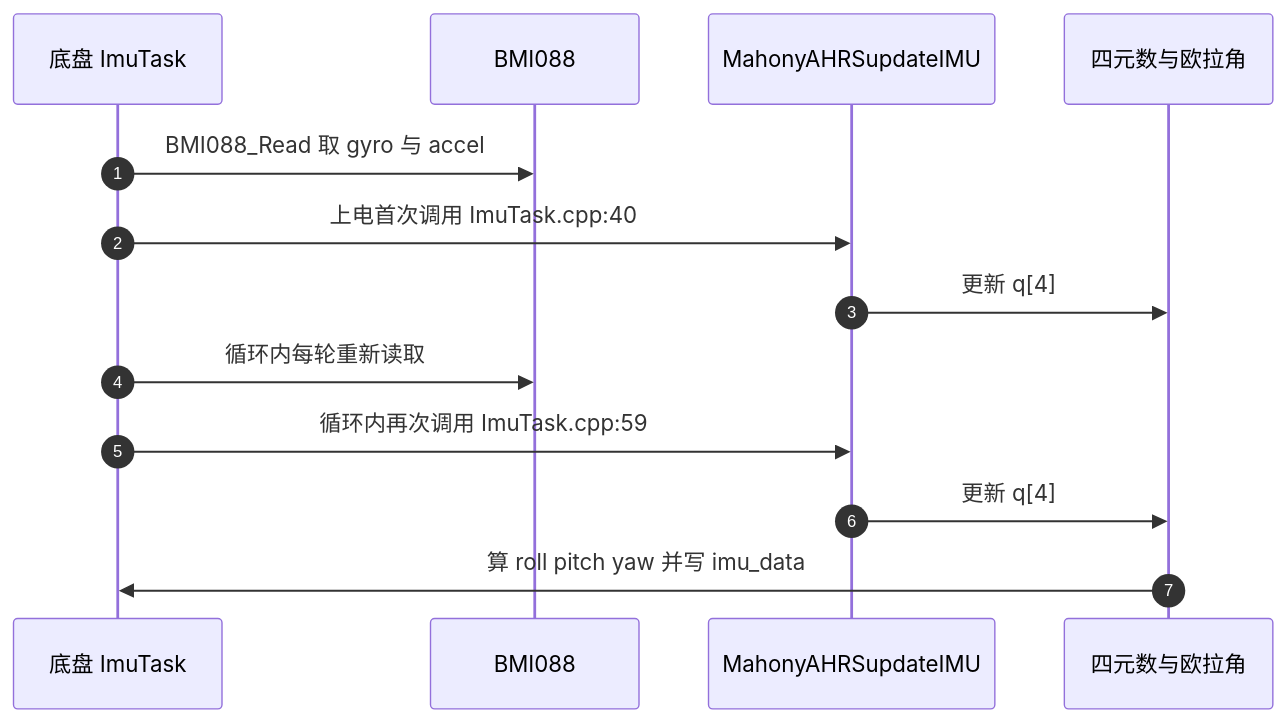
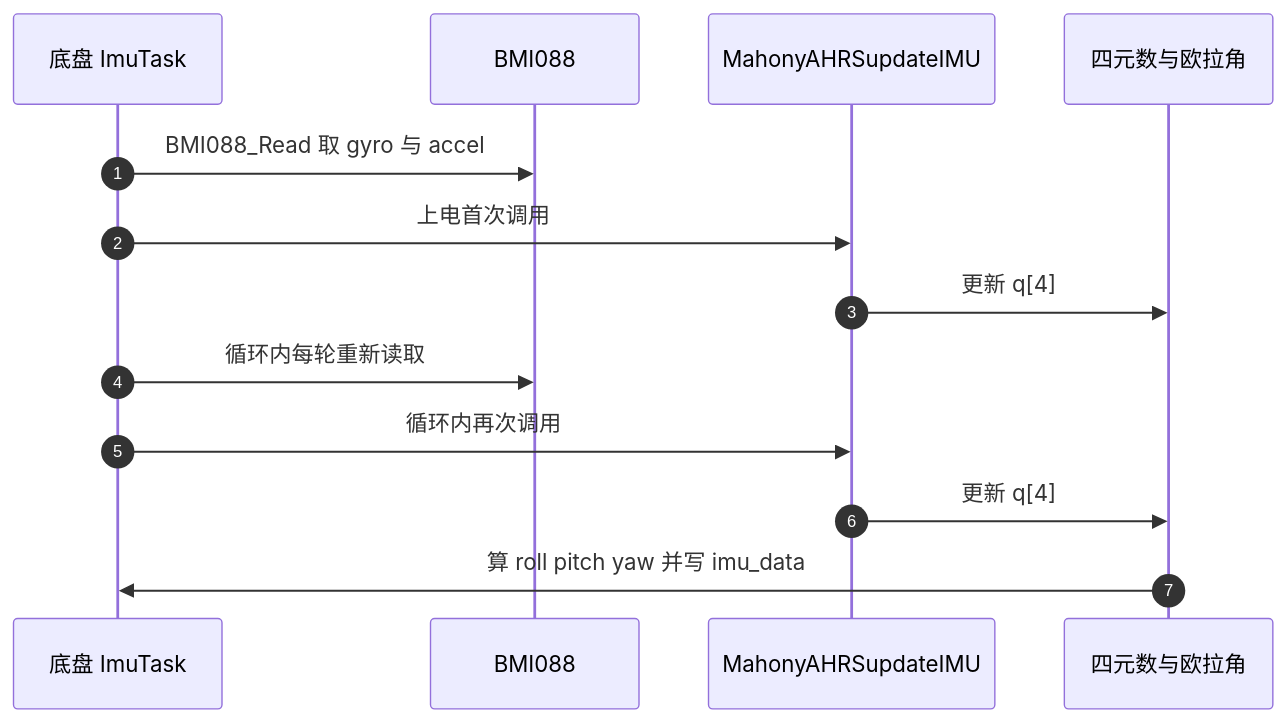
The second of 2 diagrams in docs/07-姿态解算与 IMU/02-Mahony AHRS/04-两板调用差异与增益.md (TC635807/TC63PersonalWebsite), drawn with Mermaid before and after one commit. The commit also changed other lines of this file and 563 other files, not shown here.

````diff
--- a/docs/07-姿态解算与 IMU/02-Mahony AHRS/04-两板调用差异与增益.md
+++ b/docs/07-姿态解算与 IMU/02-Mahony AHRS/04-两板调用差异与增益.md
@@ -67,15 +78,15 @@
 ```mermaid
 sequenceDiagram
   autonumber
   participant T as 底盘 ImuTask
   participant B as BMI088
   participant M as MahonyAHRSupdateIMU
   participant Q as 四元数与欧拉角
   T->>B: BMI088_Read 取 gyro 与 accel
-  T->>M: 上电首次调用 ImuTask.cpp:40
+  T->>M: 上电首次调用
   M->>Q: 更新 q[4]
   T->>B: 循环内每轮重新读取
-  T->>M: 循环内再次调用 ImuTask.cpp:59
+  T->>M: 循环内再次调用
   M->>Q: 更新 q[4]
   Q->>T: 算 roll pitch yaw 并写 imu_data
 ```
````
